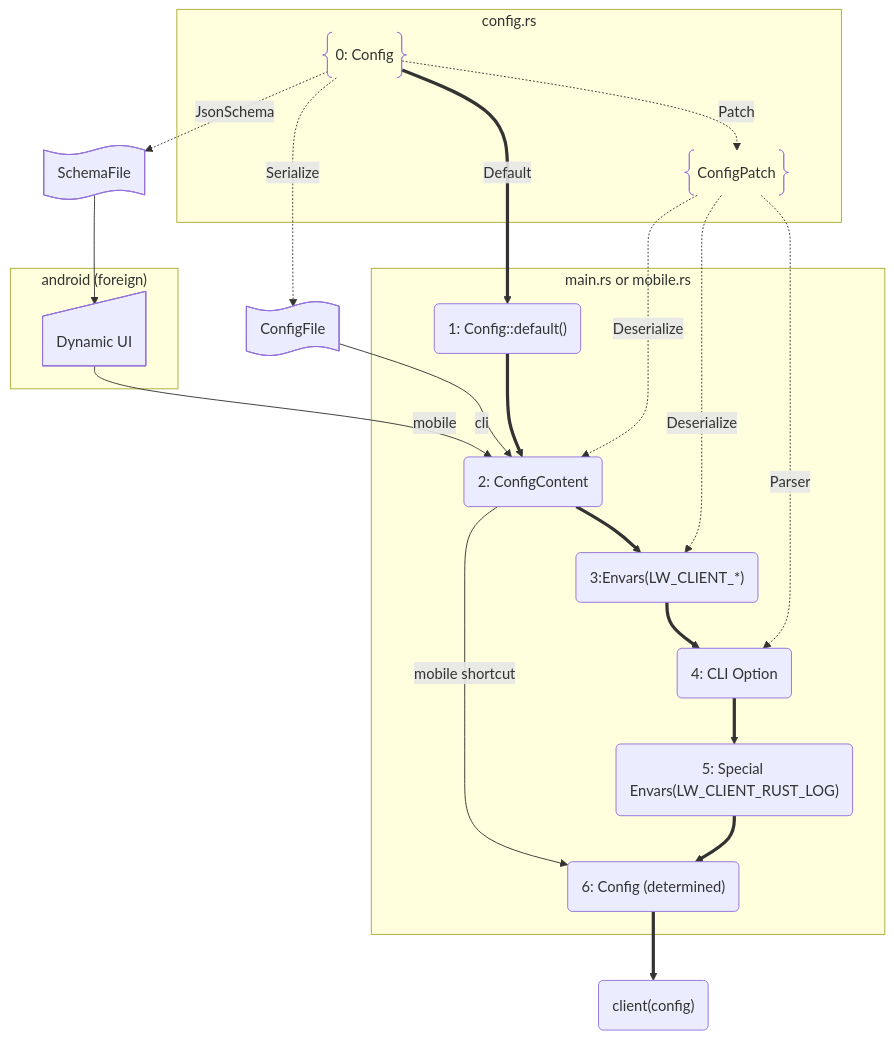
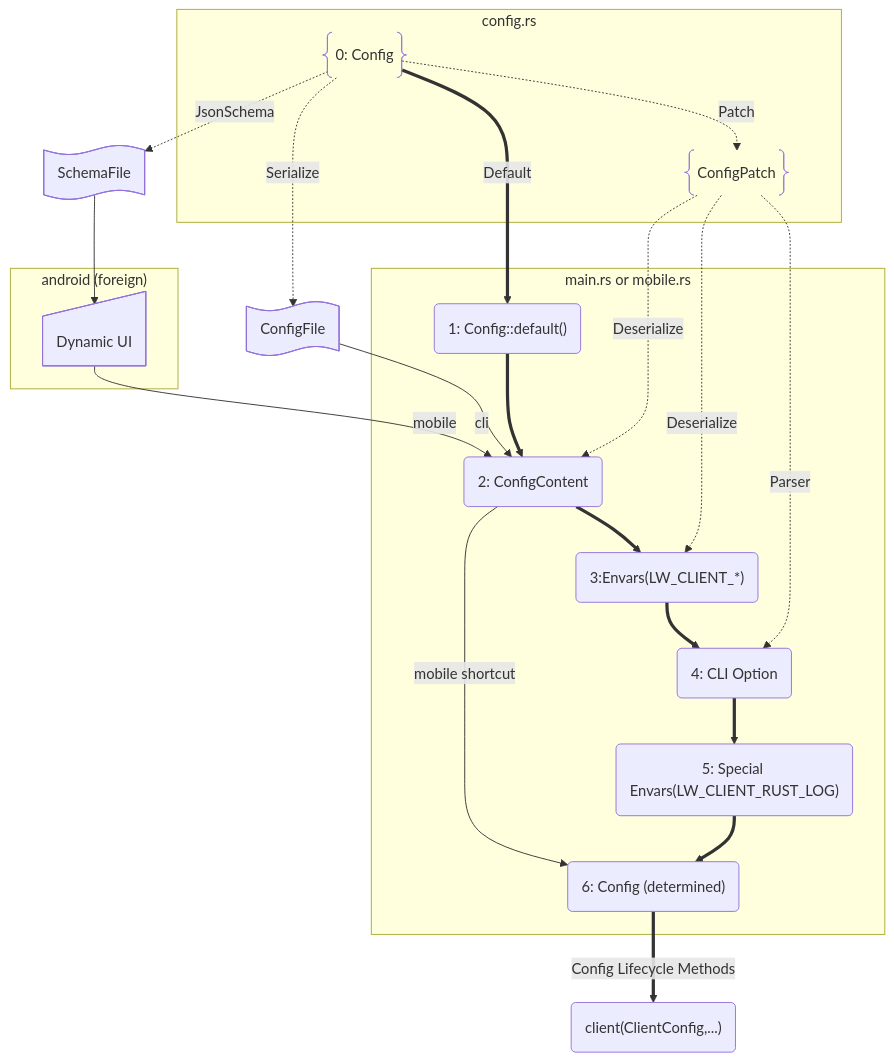
One commit to expressvpn/lightway changed the diagram in docs/general_config.md. Above: the diagram before and after it, drawn with Mermaid. The commit also changed other lines of this file, not shown here.

First line of the commit message:
doc: document Config lifecycle methods in general_config.md

````diff
--- a/docs/general_config.md
+++ b/docs/general_config.md
@@ -33,34 +33,34 @@
 ```mermaid
 flowchart TB
-    clientFn("client(config)")
+    clientFn("client(ClientConfig,...)")
     E0@{ shape: paper-tape, label: "SchemaFile" } --> A0
     0 -. "JsonSchema" .-> E0
     0 -. "Serialize" .-> E1
 
     subgraph "android (foreign)"
       A0@{ shape: manual-input, label: "Dynamic UI"}
     end
 
     A0 --"mobile"--> 2
     2  --"mobile shortcut" --> 6
     E1@{ shape: paper-tape, label: "ConfigFile" } --"cli"--> 2
 
     subgraph main.rs or mobile.rs
       1("1: Config::default()") ==> 2
       2("2: ConfigContent") ==> 3
       3("3:Envars(LW_CLIENT_*)") ==> 4
       4("4: CLI Option") ==> 5
       5("5: Special Envars(LW_CLIENT_RUST_LOG)") ==> 6
       6("6: Config (determined)")
     end
 
     subgraph config.rs
       0@{ shape: braces, label: "0: Config" } == "Default" ==>1
       0 -. "Patch" .-> 0.1
       0.1 -. "Deserialize" .-> 3
       0.1@{ shape: braces, label: "ConfigPatch" } -. "Parser" .-> 4
     end
 
     0.1 -. "Deserialize" .-> 2
-    6 ==> clientFn
+    6 == "Config Lifecycle Methods" ==> clientFn
 ```
````
